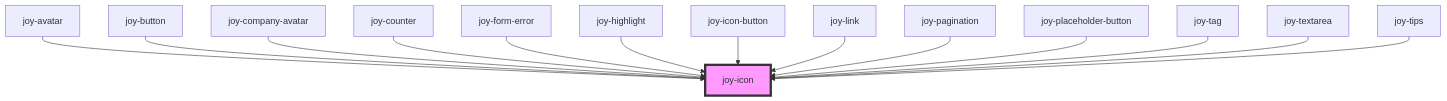
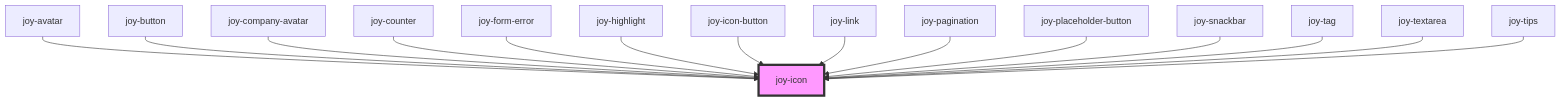
One commit to Maltcommunity/joy changed the diagram in core/src/components/icon/readme.md. Above: the diagram before and after it, drawn with Mermaid. The commit also changed other lines of this file and 8 other files, not shown here.

````diff
--- a/core/src/components/icon/readme.md
+++ b/core/src/components/icon/readme.md
@@ -66,17 +67,18 @@
 ```mermaid
 graph TD;
   joy-avatar --> joy-icon
   joy-button --> joy-icon
   joy-company-avatar --> joy-icon
   joy-counter --> joy-icon
   joy-form-error --> joy-icon
   joy-highlight --> joy-icon
   joy-icon-button --> joy-icon
   joy-link --> joy-icon
   joy-pagination --> joy-icon
   joy-placeholder-button --> joy-icon
+  joy-snackbar --> joy-icon
   joy-tag --> joy-icon
   joy-textarea --> joy-icon
   joy-tips --> joy-icon
   style joy-icon fill:#f9f,stroke:#333,stroke-width:4px
 ```
````
